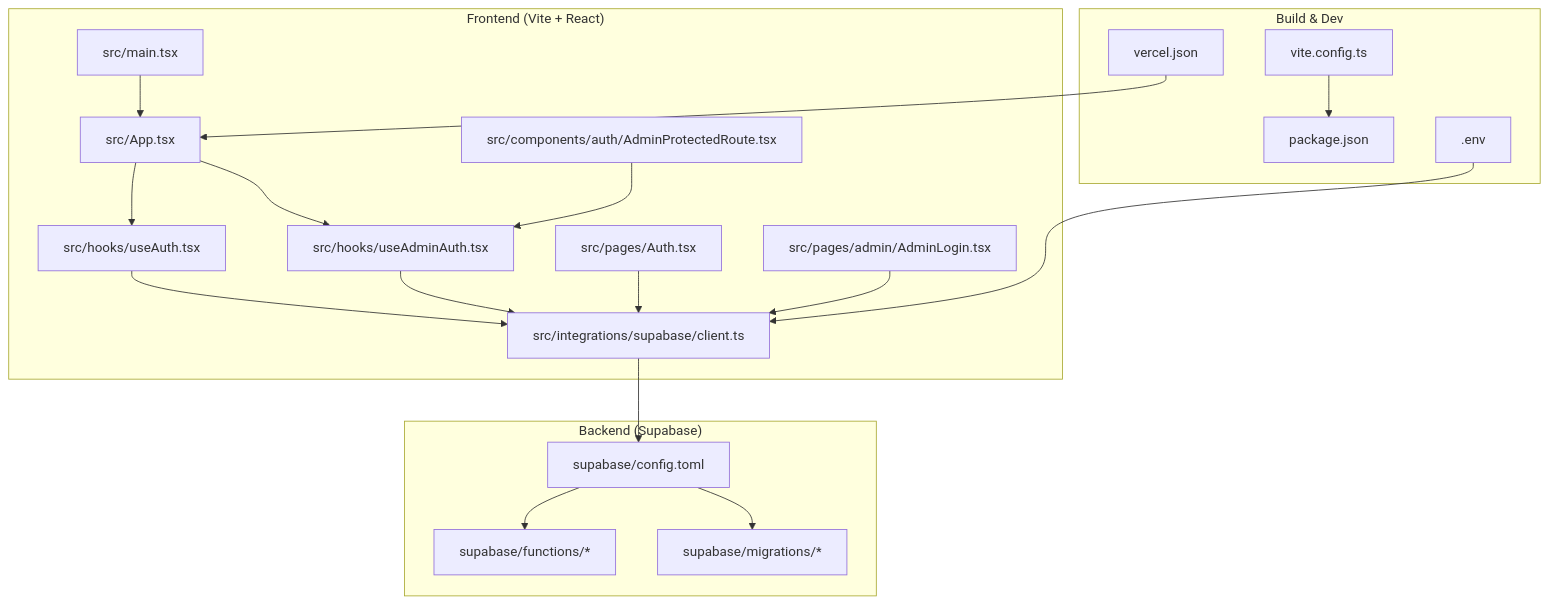
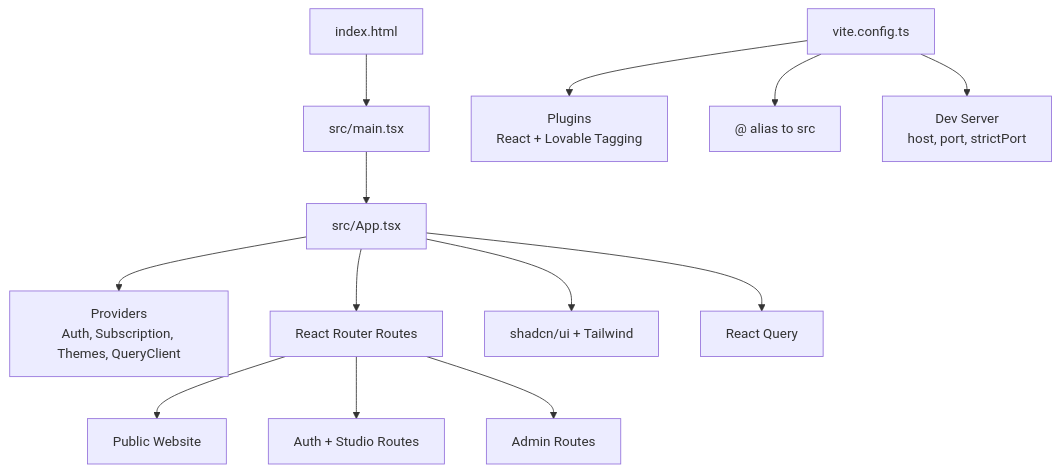
The second of 10 diagrams in .qoder/repowiki/en/content/Getting Started.md (Sebu750/adorzia-studio), drawn with Mermaid before and after one commit. The commit also changed other lines of this file and 327 other files, not shown here.

````diff
--- a/.qoder/repowiki/en/content/Getting Started.md
+++ b/.qoder/repowiki/en/content/Getting Started.md
@@ -41,38 +92,15 @@
 ```mermaid
 graph TB
-subgraph "Frontend (Vite + React)"
-A["src/main.tsx"]
-B["src/App.tsx"]
-C["src/hooks/useAuth.tsx"]
-D["src/hooks/useAdminAuth.tsx"]
-E["src/integrations/supabase/client.ts"]
-F["src/pages/Auth.tsx"]
-G["src/pages/admin/AdminLogin.tsx"]
-H["src/components/auth/AdminProtectedRoute.tsx"]
-end
-subgraph "Backend (Supabase)"
-S1["supabase/config.toml"]
-S2["supabase/functions/*"]
-S3["supabase/migrations/*"]
-end
-subgraph "Build & Dev"
-V["vite.config.ts"]
-P["package.json"]
-ENV[".env"]
-VERCEL["vercel.json"]
-end
-A --> B
-B --> C
-B --> D
-C --> E
-D --> E
-F --> E
-G --> E
-H --> D
-E --> S1
-S1 --> S2
-S1 --> S3
-V --> P
-ENV --> E
-VERCEL --> B
+HTML["index.html"] --> Main["src/main.tsx"]
+Main --> App["src/App.tsx"]
+App --> Providers["Providers<br/>Auth, Subscription, Themes, QueryClient"]
+App --> Routes["React Router Routes"]
+Routes --> Public["Public Website"]
+Routes --> Studio["Auth + Studio Routes"]
+Routes --> Admin["Admin Routes"]
+App --> UI["shadcn/ui + Tailwind"]
+App --> State["React Query"]
+ViteCfg["vite.config.ts"] --> Plugins["Plugins<br/>React + Lovable Tagging"]
+ViteCfg --> Aliases["@ alias to src"]
+ViteCfg --> Server["Dev Server<br/>host, port, strictPort"]
 ```
````
